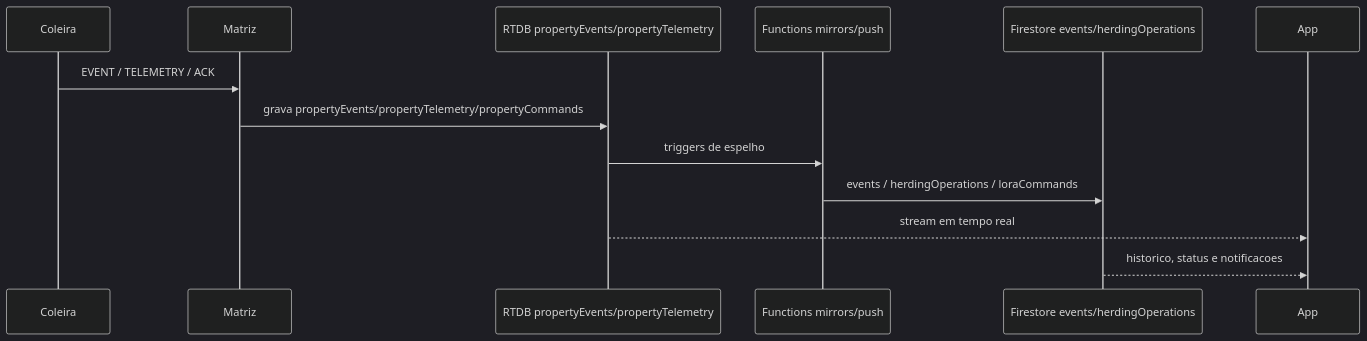
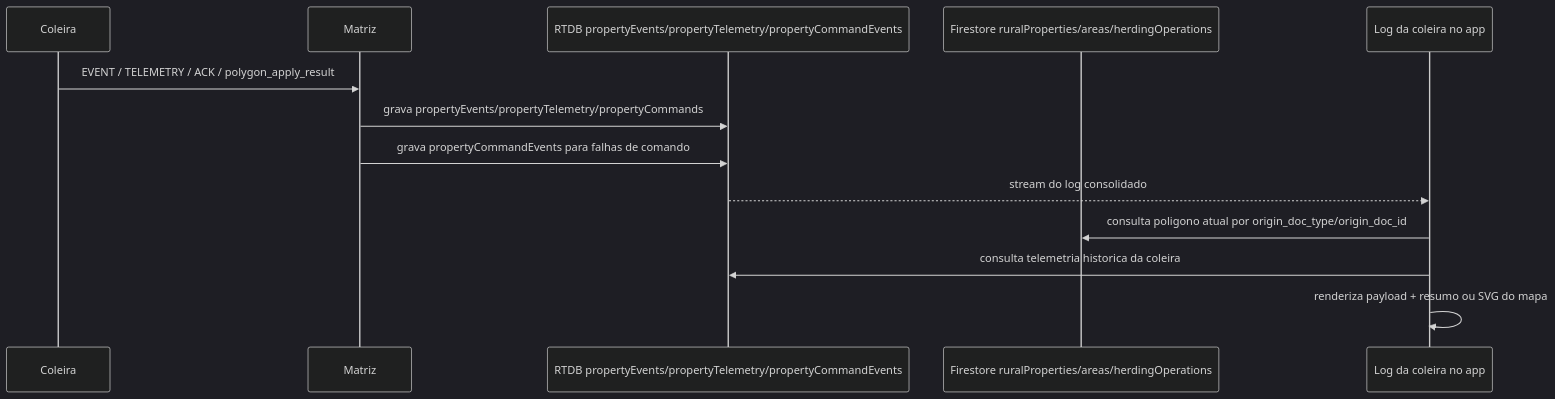
Before and after one commit to victoremannuel/ruraltech: the fourth of 4 diagrams in SYNC_FLOW_OVERVIEW.md, drawn with Mermaid (dark theme). The commit also changed other lines of this file and 17 other files, not shown here.

````diff
--- a/SYNC_FLOW_OVERVIEW.md
+++ b/SYNC_FLOW_OVERVIEW.md
@@ -112,16 +122,16 @@
 ```mermaid
 sequenceDiagram
   participant Coleira
   participant Matriz
-  participant RTDB as RTDB propertyEvents/propertyTelemetry
-  participant Fn as Functions mirrors/push
-  participant FS as Firestore events/herdingOperations
-  participant App
+  participant RTDB as RTDB propertyEvents/propertyTelemetry/propertyCommandEvents
+  participant FS as Firestore ruralProperties/areas/herdingOperations
+  participant AppLog as Log da coleira no app
 
-  Coleira->>Matriz: EVENT / TELEMETRY / ACK
+  Coleira->>Matriz: EVENT / TELEMETRY / ACK / polygon_apply_result
   Matriz->>RTDB: grava propertyEvents/propertyTelemetry/propertyCommands
-  RTDB->>Fn: triggers de espelho
-  Fn->>FS: events / herdingOperations / loraCommands
-  RTDB-->>App: stream em tempo real
-  FS-->>App: historico, status e notificacoes
+  Matriz->>RTDB: grava propertyCommandEvents para falhas de comando
+  RTDB-->>AppLog: stream do log consolidado
+  AppLog->>FS: consulta poligono atual por origin_doc_type/origin_doc_id
+  AppLog->>RTDB: consulta telemetria historica da coleira
+  AppLog->>AppLog: renderiza payload + resumo ou SVG do mapa
 ```
````
